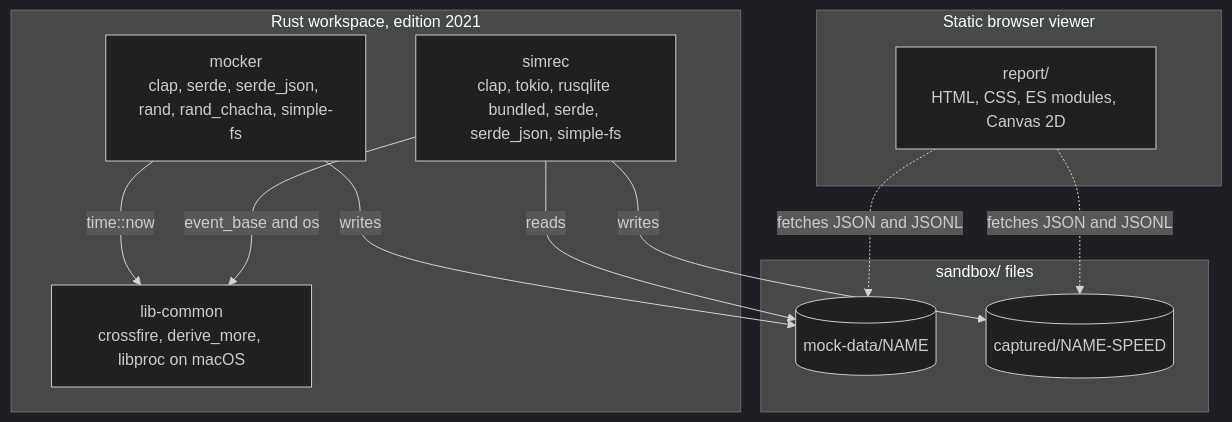
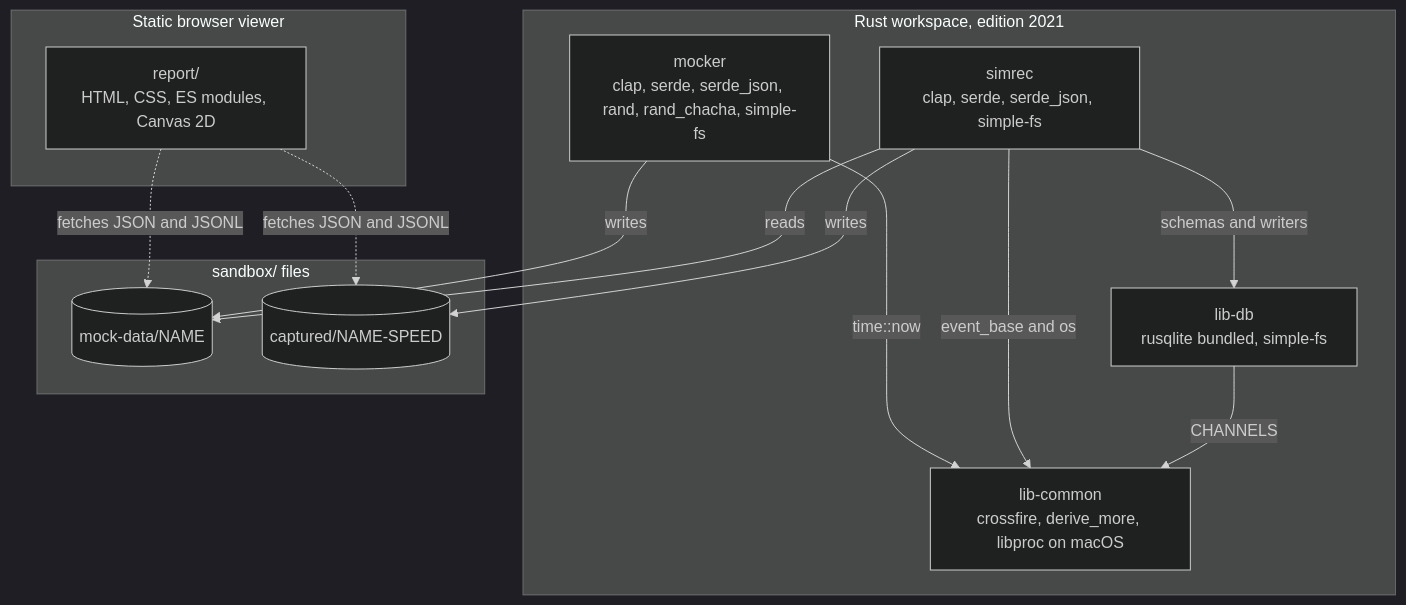
Before and after one commit to BriteSnow/rust-blueprint-quadcopter-flight-data: the fifth of 5 diagrams in dev/spec-overall.md, drawn with Mermaid (dark theme). The commit also changed other lines of this file and 58 other files, not shown here.

````diff
--- a/dev/spec-overall.md
+++ b/dev/spec-overall.md
@@ -124,22 +127,25 @@
 ```mermaid
 flowchart TB
   subgraph workspace["Rust workspace, edition 2021"]
     libc["lib-common<br/>crossfire, derive_more, libproc on macOS"]
+    libdb["lib-db<br/>rusqlite bundled, simple-fs"]
     mocker["mocker<br/>clap, serde, serde_json, rand, rand_chacha, simple-fs"]
-    simrec["simrec<br/>clap, tokio, rusqlite bundled, serde, serde_json, simple-fs"]
+    simrec["simrec<br/>clap, serde, serde_json, simple-fs"]
   end
   subgraph viewer["Static browser viewer"]
     report["report/<br/>HTML, CSS, ES modules, Canvas 2D"]
   end
   subgraph files["sandbox/ files"]
     mockfiles[("mock-data/NAME")]
     capfiles[("captured/NAME-SPEED")]
   end
   mocker -->|"time::now"| libc
   simrec -->|"event_base and os"| libc
+  libdb -->|"CHANNELS"| libc
+  simrec -->|"schemas and writers"| libdb
   mocker -->|"writes"| mockfiles
   simrec -->|"reads"| mockfiles
   simrec -->|"writes"| capfiles
   report -.->|"fetches JSON and JSONL"| mockfiles
   report -.->|"fetches JSON and JSONL"| capfiles
 ```
````
